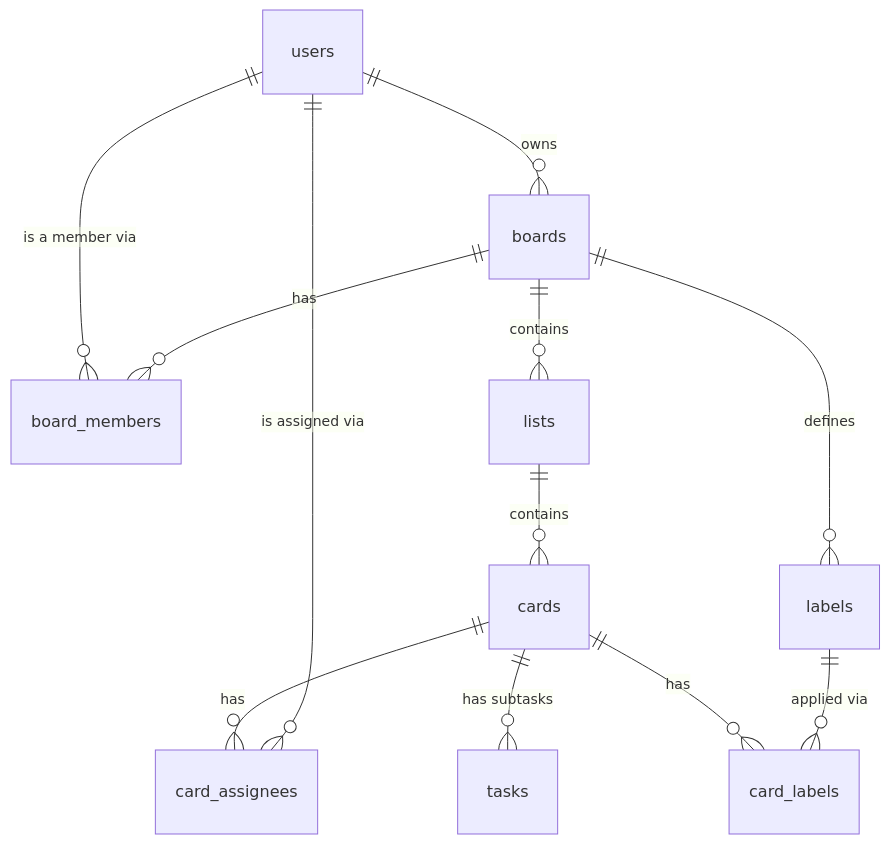
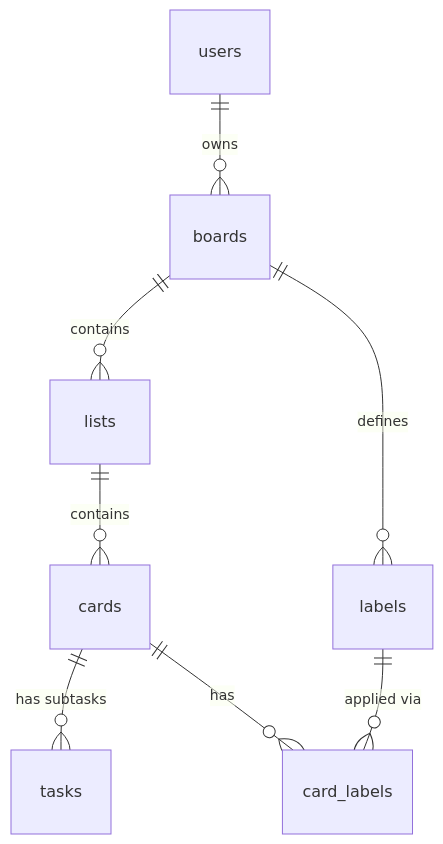
The diagram in DATABASE.md (hsiaomingcheng/Todo-app), drawn with Mermaid before and after one commit. The commit also changed other lines of this file and 6 other files, not shown here.

````diff
--- a/DATABASE.md
+++ b/DATABASE.md
@@ -9,14 +9,10 @@
 ```mermaid
 erDiagram
     users ||--o{ boards : owns
-    users ||--o{ board_members : "is a member via"
-    boards ||--o{ board_members : has
     boards ||--o{ lists : contains
     boards ||--o{ labels : defines
     lists ||--o{ cards : contains
-    cards ||--o{ card_assignees : has
-    users ||--o{ card_assignees : "is assigned via"
     cards ||--o{ tasks : "has subtasks"
     cards ||--o{ card_labels : has
     labels ||--o{ card_labels : "applied via"
 ```
````
